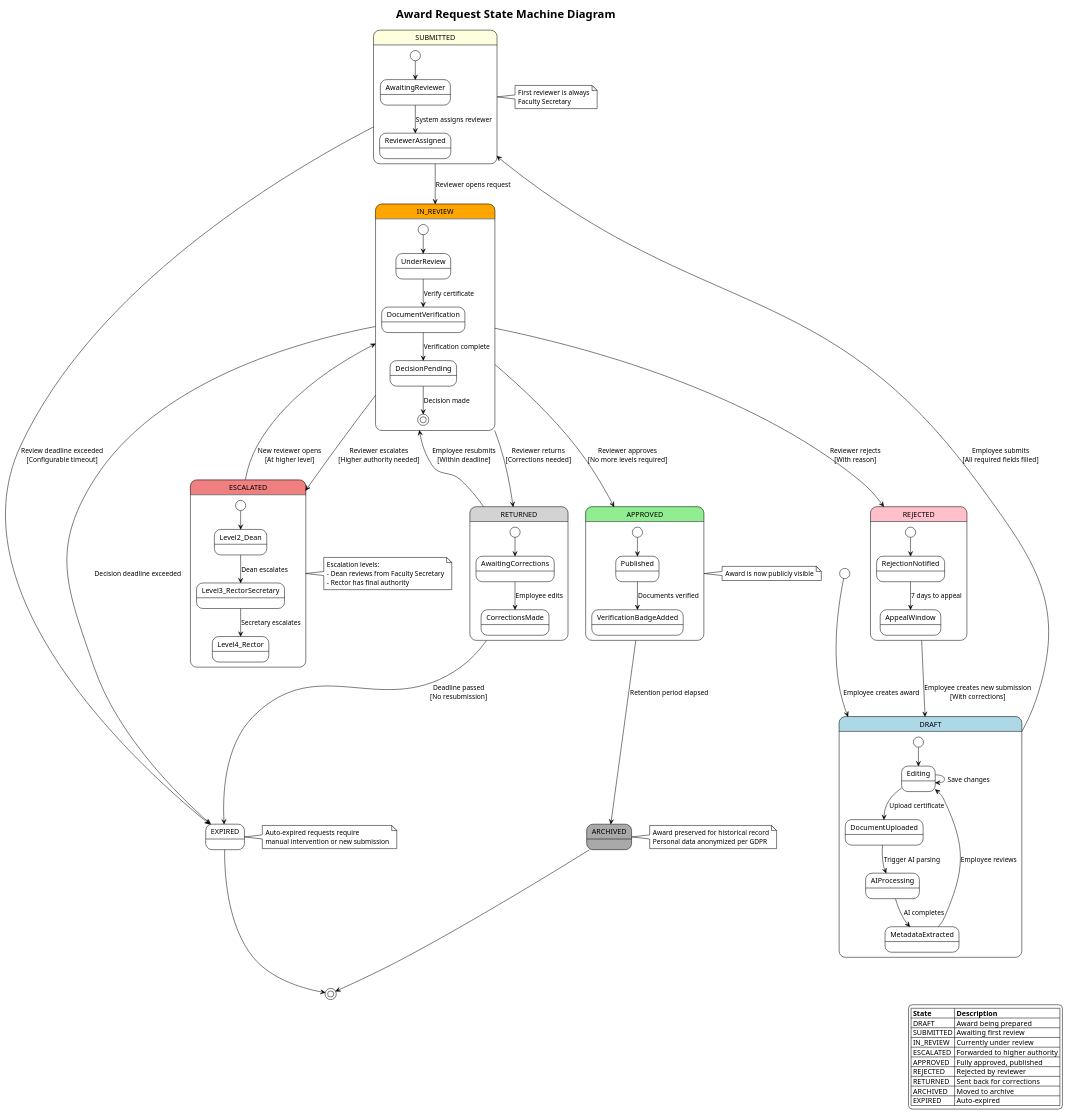
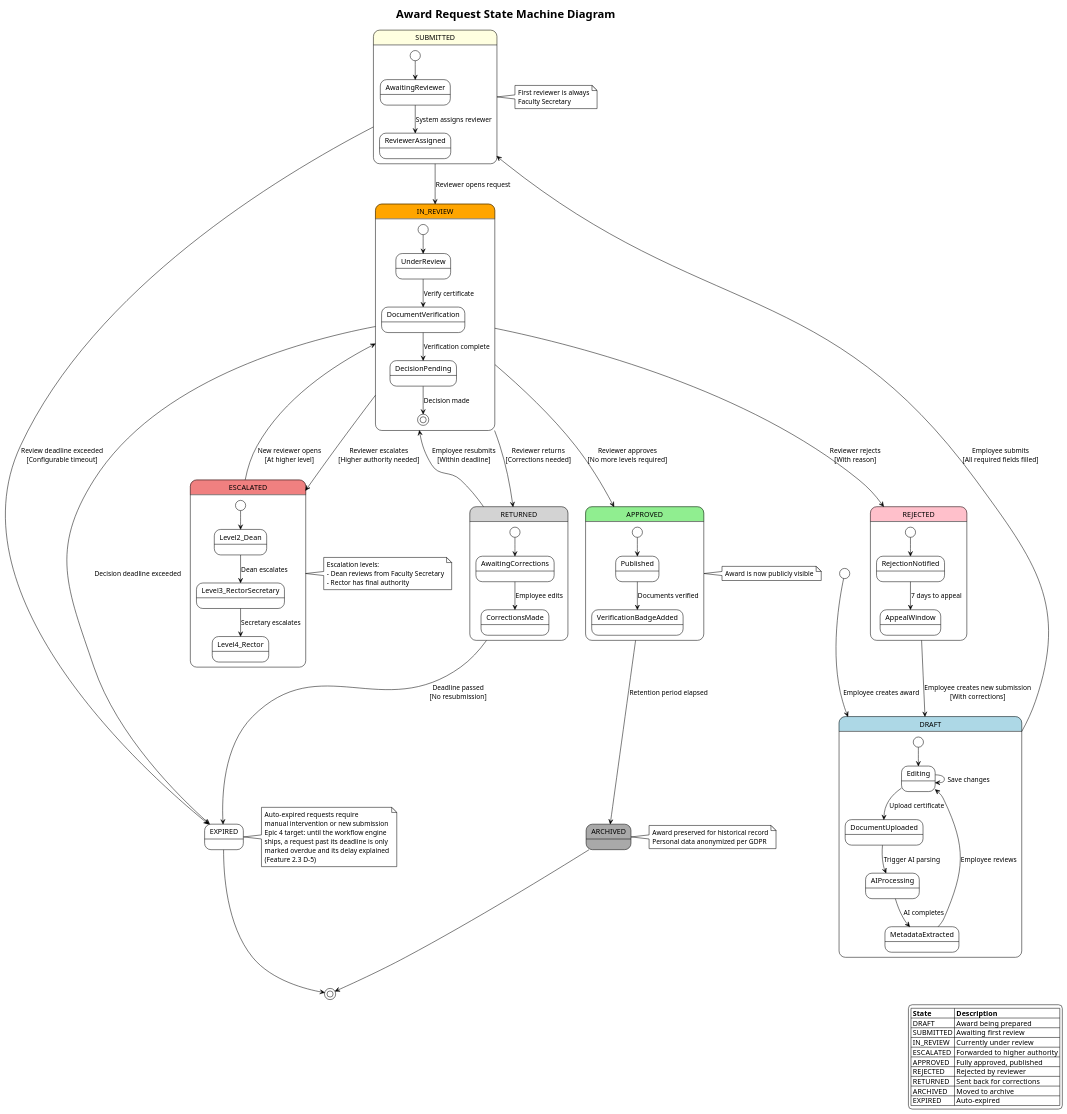
Before and after one commit to StKostyk/award-monitoring-system: the diagram in docs/diagrams/uml/state-machine-award-request.puml, drawn with PlantUML. The commit also changed 73 other files, not shown here.

```diff
--- a/docs/diagrams/uml/state-machine-award-request.puml
+++ b/docs/diagrams/uml/state-machine-award-request.puml
@@ -1,129 +1,133 @@
 @startuml StateMachine_Award_Request
 !theme plain
 skinparam state {
     BackgroundColor<<draft>> LightBlue
     BackgroundColor<<pending>> LightYellow
     BackgroundColor<<review>> Orange
     BackgroundColor<<escalated>> LightCoral
     BackgroundColor<<approved>> LightGreen
     BackgroundColor<<rejected>> Pink
     BackgroundColor<<returned>> LightGray
     BackgroundColor<<archived>> DarkGray
 }
 
 title Award Request State Machine Diagram
 
 [*] --> DRAFT <<draft>> : Employee creates award
 
 state DRAFT <<draft>> {
     [*] --> Editing
     Editing --> Editing : Save changes
     Editing --> DocumentUploaded : Upload certificate
     DocumentUploaded --> AIProcessing : Trigger AI parsing
     AIProcessing --> MetadataExtracted : AI completes
     MetadataExtracted --> Editing : Employee reviews
 }
 
 DRAFT --> SUBMITTED <<pending>> : Employee submits\n[All required fields filled]
 
 state SUBMITTED <<pending>> {
     [*] --> AwaitingReviewer
     AwaitingReviewer --> ReviewerAssigned : System assigns reviewer
 }
 
 note right of SUBMITTED
     First reviewer is always
     Faculty Secretary
 end note
 
 SUBMITTED --> IN_REVIEW <<review>> : Reviewer opens request
 
 state IN_REVIEW <<review>> {
     [*] --> UnderReview
     UnderReview --> DocumentVerification : Verify certificate
     DocumentVerification --> DecisionPending : Verification complete
     DecisionPending --> [*] : Decision made
 }
 
 IN_REVIEW --> APPROVED <<approved>> : Reviewer approves\n[No more levels required]
 IN_REVIEW --> REJECTED <<rejected>> : Reviewer rejects\n[With reason]
 IN_REVIEW --> ESCALATED <<escalated>> : Reviewer escalates\n[Higher authority needed]
 IN_REVIEW --> RETURNED <<returned>> : Reviewer returns\n[Corrections needed]
 
 state ESCALATED <<escalated>> {
     [*] --> Level2_Dean
     Level2_Dean --> Level3_RectorSecretary : Dean escalates
     Level3_RectorSecretary --> Level4_Rector : Secretary escalates
 }
 
 note right of ESCALATED
     Escalation levels:
     - Dean reviews from Faculty Secretary
     - Rector has final authority
 end note
 
 ESCALATED --> IN_REVIEW : New reviewer opens\n[At higher level]
 
 state RETURNED <<returned>> {
     [*] --> AwaitingCorrections
     AwaitingCorrections --> CorrectionsMade : Employee edits
 }
 
 RETURNED --> IN_REVIEW : Employee resubmits\n[Within deadline]
 RETURNED --> EXPIRED : Deadline passed\n[No resubmission]
 
 state REJECTED <<rejected>> {
     [*] --> RejectionNotified
     RejectionNotified --> AppealWindow : 7 days to appeal
 }
 
 REJECTED --> DRAFT : Employee creates new submission\n[With corrections]
 
 state APPROVED <<approved>> {
     [*] --> Published
     Published --> VerificationBadgeAdded : Documents verified
 }
 
 note right of APPROVED
     Award is now publicly visible
 end note
 
 APPROVED --> ARCHIVED <<archived>> : Retention period elapsed
 
 state ARCHIVED <<archived>>
 
 note right of ARCHIVED
     Award preserved for historical record
     Personal data anonymized per GDPR
 end note
 
 ARCHIVED --> [*]
 
 ' Timeout transitions
 SUBMITTED --> EXPIRED : Review deadline exceeded\n[Configurable timeout]
 IN_REVIEW --> EXPIRED : Decision deadline exceeded
 
 state EXPIRED
 
 note right of EXPIRED
     Auto-expired requests require
     manual intervention or new submission
+    Epic 4 target: until the workflow engine
+    ships, a request past its deadline is only
+    marked overdue and its delay explained
+    (Feature 2.3 D-5)
 end note
 
 EXPIRED --> [*]
 
 ' Legend
 legend right
     |= State |= Description |
     | DRAFT | Award being prepared |
     | SUBMITTED | Awaiting first review |
     | IN_REVIEW | Currently under review |
     | ESCALATED | Forwarded to higher authority |
     | APPROVED | Fully approved, published |
     | REJECTED | Rejected by reviewer |
     | RETURNED | Sent back for corrections |
     | ARCHIVED | Moved to archive |
     | EXPIRED | Auto-expired |
 endlegend
 
 @enduml
```
